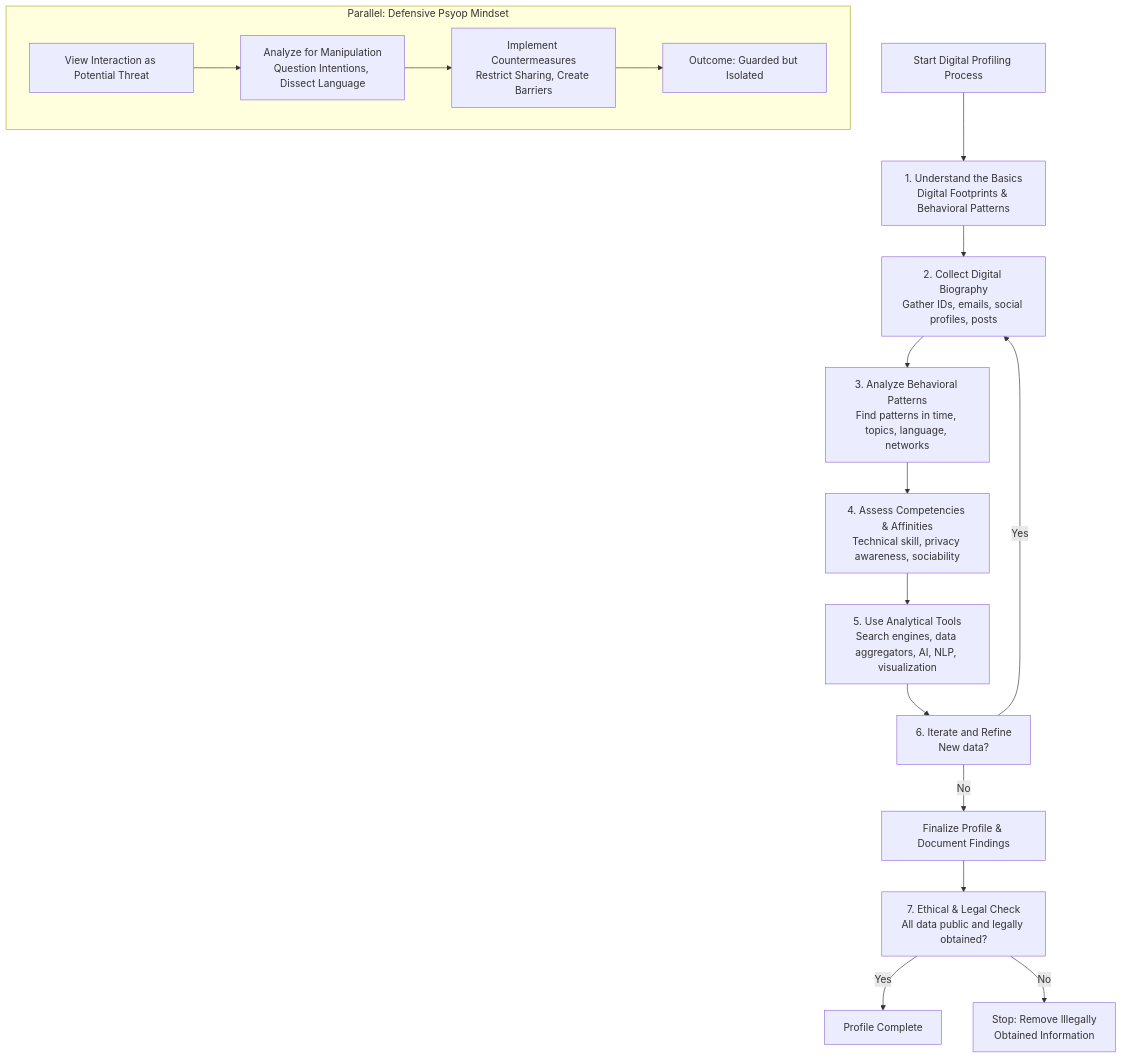
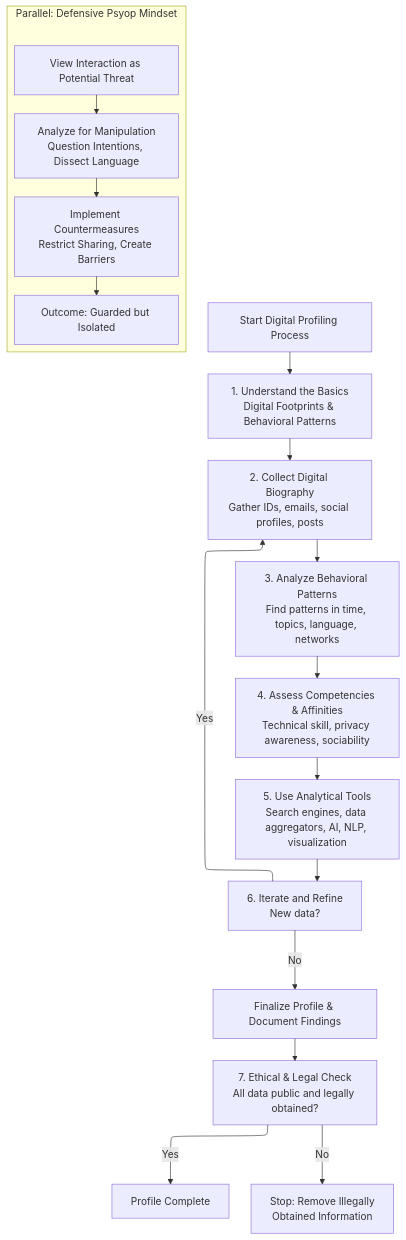
One commit to airborne-commando/OPSEC-OSINT-Tools changed the diagram in mermaid-data/digital-profiling.md. Above: the diagram before and after it, drawn with Mermaid.

````diff
--- a/mermaid-data/digital-profiling.md
+++ b/mermaid-data/digital-profiling.md
@@ -1,21 +1,24 @@
 ```mermaid
+%%{init: { 'layout': 'elk', 'fontFamily': 'Sans-serif', 'type': 'bold', 'fontSize': 16 } }%%
 flowchart TD
-    A[Start Digital Profiling Process] --> B[1. Understand the Basics<br>Digital Footprints & Behavioral Patterns]
-    B --> C[2. Collect Digital Biography<br>Gather IDs, emails, social profiles, posts]
-    C --> D[3. Analyze Behavioral Patterns<br>Find patterns in time, topics, language, networks]
-    D --> E[4. Assess Competencies & Affinities<br>Technical skill, privacy awareness, sociability]
-    E --> F[5. Use Analytical Tools<br>Search engines, data aggregators, AI, NLP, visualization]
-    F --> G[6. Iterate and Refine<br>New data?]
+ subgraph DefensiveMindset["Parallel: Defensive Psyop Mindset"]
+        M["Analyze for Manipulation<br>Question Intentions, Dissect Language"]
+        L["View Interaction as Potential Threat"]
+        N["Implement Countermeasures<br>Restrict Sharing, Create Barriers"]
+        O["Outcome: Guarded but Isolated"]
+  end
+    A["Start Digital Profiling Process"] --> B["1. Understand the Basics<br>Digital Footprints &amp; Behavioral Patterns"]
+    B --> C["2. Collect Digital Biography<br>Gather IDs, emails, social profiles, posts"]
+    C --> D["3. Analyze Behavioral Patterns<br>Find patterns in time, topics, language, networks"]
+    D --> E["4. Assess Competencies &amp; Affinities<br>Technical skill, privacy awareness, sociability"]
+    E --> F["5. Use Analytical Tools<br>Search engines, data aggregators, AI, NLP, visualization"]
+    F --> G["6. Iterate and Refine<br>New data?"]
     G -- Yes --> C
-    G -- No --> H[Finalize Profile & Document Findings]
-    
-    H --> I[7. Ethical & Legal Check<br>All data public and legally obtained?]
-    I -- Yes --> J[Profile Complete]
-    I -- No --> K[Stop: Remove Illegally<br>Obtained Information]
-
-    subgraph DefensiveMindset [Parallel: Defensive Psyop Mindset]
-        L[View Interaction as Potential Threat] --> M[Analyze for Manipulation<br>Question Intentions, Dissect Language]
-        M --> N[Implement Countermeasures<br>Restrict Sharing, Create Barriers]
-        N --> O[Outcome: Guarded but Isolated]
-    end
+    G -- No --> H["Finalize Profile & Document Findings"]
+    H --> I["7. Ethical &amp; Legal Check<br>All data public and legally obtained?"]
+    I -- Yes --> J["Profile Complete"]
+    I -- No --> K["Stop: Remove Illegally<br>Obtained Information"]
+    L --> M
+    M --> N
+    N --> O
 ```
````
